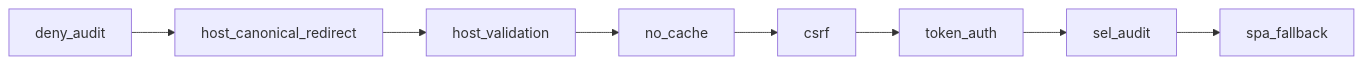
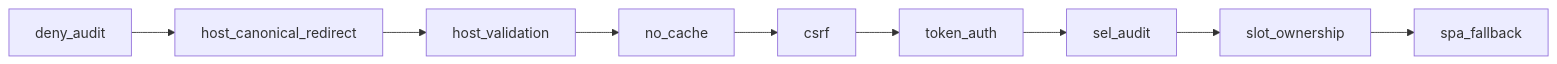
One commit to Alexander-Yuan/KiroCrew changed the second of 2 diagrams in docs/system-specs/modules/dashboard-token-auth.md. Above: the diagram before and after it, drawn with Mermaid. The commit also changed other lines of this file and 48 other files, not shown here.

````diff
--- a/docs/system-specs/modules/dashboard-token-auth.md
+++ b/docs/system-specs/modules/dashboard-token-auth.md
@@ -101,4 +101,4 @@
 ```mermaid
 graph LR
-    Z[deny_audit] --> A[host_canonical_redirect] --> B[host_validation] --> C[no_cache] --> D[csrf] --> E[token_auth] --> F[sel_audit] --> G[spa_fallback]
+    Z[deny_audit] --> A[host_canonical_redirect] --> B[host_validation] --> C[no_cache] --> D[csrf] --> E[token_auth] --> F[sel_audit] --> S[slot_ownership] --> G[spa_fallback]
 ```
````
